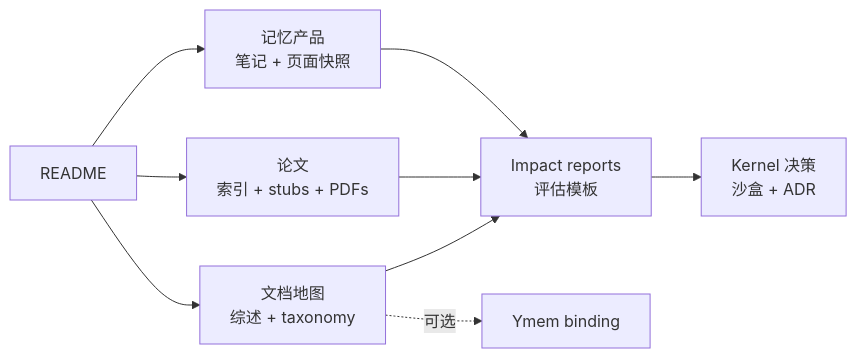
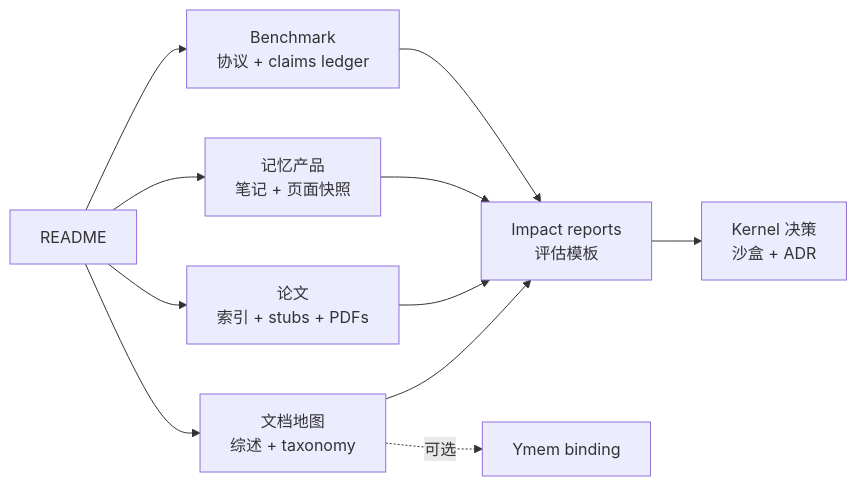
Before and after one commit to Snseam/awesome-agent-memory: the diagram in README_cn.md, drawn with Mermaid. The commit also changed other lines of this file and 79 other files, not shown here.

````diff
--- a/README_cn.md
+++ b/README_cn.md
@@ -44,11 +46,13 @@
 ```mermaid
 flowchart LR
   R["README"] --> D["文档地图<br/>综述 + taxonomy"]
   R --> P["论文<br/>索引 + stubs + PDFs"]
   R --> PL["记忆产品<br/>笔记 + 页面快照"]
+  R --> B["Benchmark<br/>协议 + claims ledger"]
   D --> IR["Impact reports<br/>评估模板"]
   P --> IR
   PL --> IR
+  B --> IR
   IR --> KD["Kernel 决策<br/>沙盒 + ADR"]
   D -. "可选" .-> YB["Ymem binding"]
 ```
````
